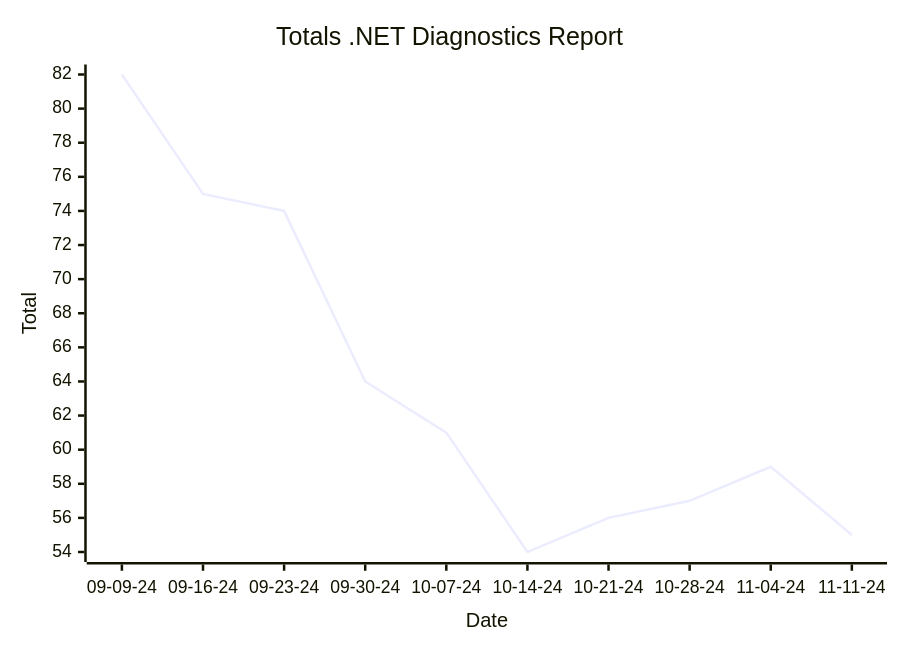
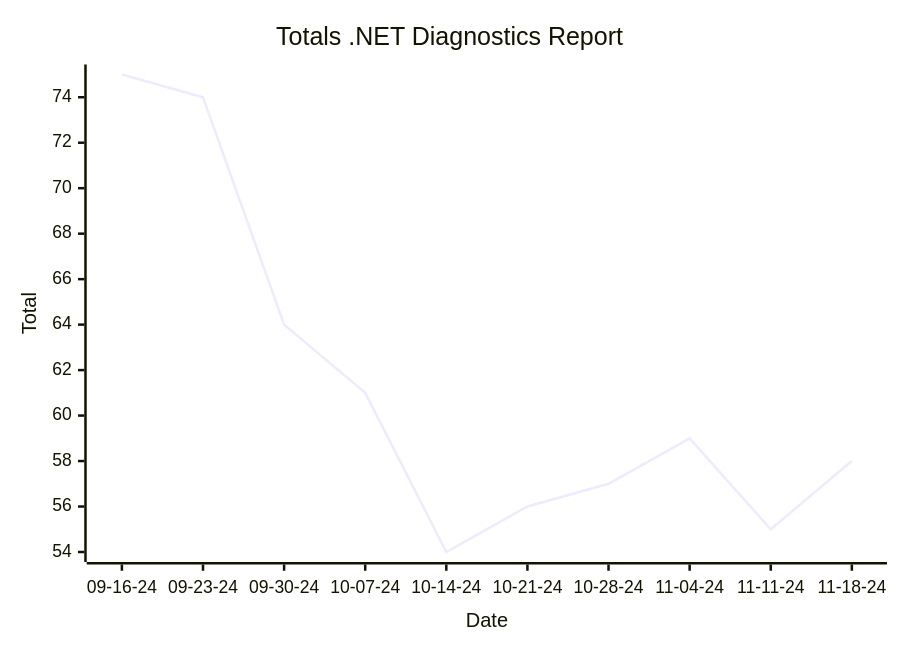
One commit to hoyosjs/gh-issue-tracker changed the first of 2 diagrams in reports/README.md. Above: the diagram before and after it, drawn with Mermaid. The commit also changed other lines of this file and 4 other files, not shown here.

````diff
--- a/reports/README.md
+++ b/reports/README.md
@@ -7,7 +7,7 @@
 ```mermaid
 xychart-beta
   title "Totals .NET Diagnostics Report"
-  x-axis "Date" ["09-09-24", "09-16-24", "09-23-24", "09-30-24", "10-07-24", "10-14-24", "10-21-24", "10-28-24", "11-04-24", "11-11-24"]
+  x-axis "Date" ["09-16-24", "09-23-24", "09-30-24", "10-07-24", "10-14-24", "10-21-24", "10-28-24", "11-04-24", "11-11-24", "11-18-24"]
   y-axis "Total"
-  line [82, 75, 74, 64, 61, 54, 56, 57, 59, 55]
+  line [75, 74, 64, 61, 54, 56, 57, 59, 55, 58]
 ```
````
